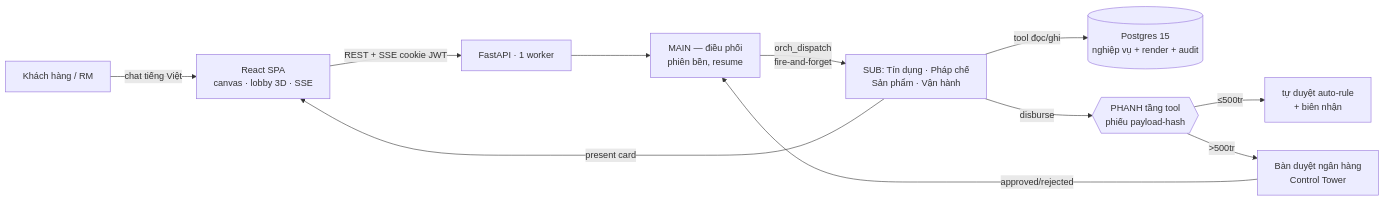
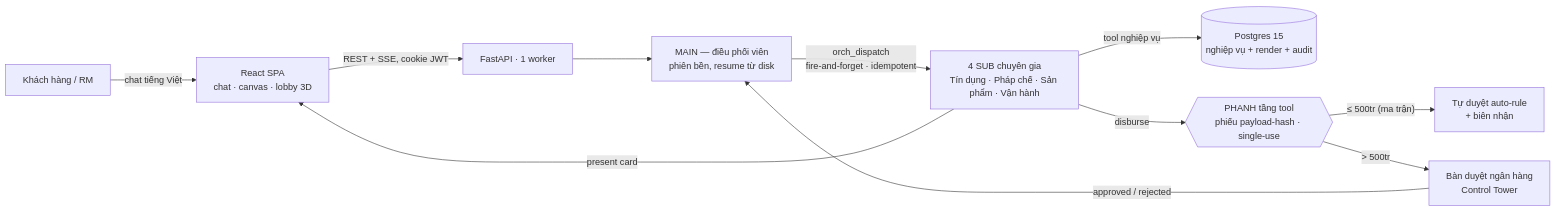
One commit to Lecoeurdelest/shb-digital changed the diagram in README.md. Above: the diagram before and after it, drawn with Mermaid. The commit also changed other lines of this file, not shown here.

````diff
--- a/README.md
+++ b/README.md
@@ -45,13 +81,13 @@
 ```mermaid
 flowchart LR
-  KH[Khách hàng / RM] -->|chat tiếng Việt| FE[React SPA<br/>canvas · lobby 3D · SSE]
-  FE -->|REST + SSE cookie JWT| API[FastAPI · 1 worker]
-  API --> MAIN[MAIN — điều phối<br/>phiên bền, resume]
-  MAIN -->|orch_dispatch<br/>fire-and-forget| SUB[SUB: Tín dụng · Pháp chế<br/>Sản phẩm · Vận hành]
-  SUB -->|tool đọc/ghi| PG[(Postgres 15<br/>nghiệp vụ + render + audit)]
+  KH[Khách hàng / RM] -->|chat tiếng Việt| FE[React SPA<br/>chat · canvas · lobby 3D]
+  FE -->|REST + SSE, cookie JWT| API[FastAPI · 1 worker]
+  API --> MAIN[MAIN — điều phối viên<br/>phiên bền, resume từ disk]
+  MAIN -->|orch_dispatch<br/>fire-and-forget · idempotent| SUB[4 SUB chuyên gia<br/>Tín dụng · Pháp chế · Sản phẩm · Vận hành]
+  SUB -->|tool nghiệp vụ| PG[(Postgres 15<br/>nghiệp vụ + render + audit)]
   SUB -->|present card| FE
-  SUB -->|disburse| GATE{{PHANH tầng tool<br/>phiếu payload-hash}}
-  GATE -->|≤500tr| AUTO[tự duyệt auto-rule<br/>+ biên nhận]
-  GATE -->|>500tr| BANK[Bàn duyệt ngân hàng<br/>Control Tower]
-  BANK -->|approved/rejected| MAIN
+  SUB -->|disburse| GATE{{PHANH tầng tool<br/>phiếu payload-hash · single-use}}
+  GATE -->|"≤ 500tr (ma trận)"| AUTO[Tự duyệt auto-rule<br/>+ biên nhận]
+  GATE -->|"> 500tr"| BANK[Bàn duyệt ngân hàng<br/>Control Tower]
+  BANK -->|approved / rejected| MAIN
 ```
````
